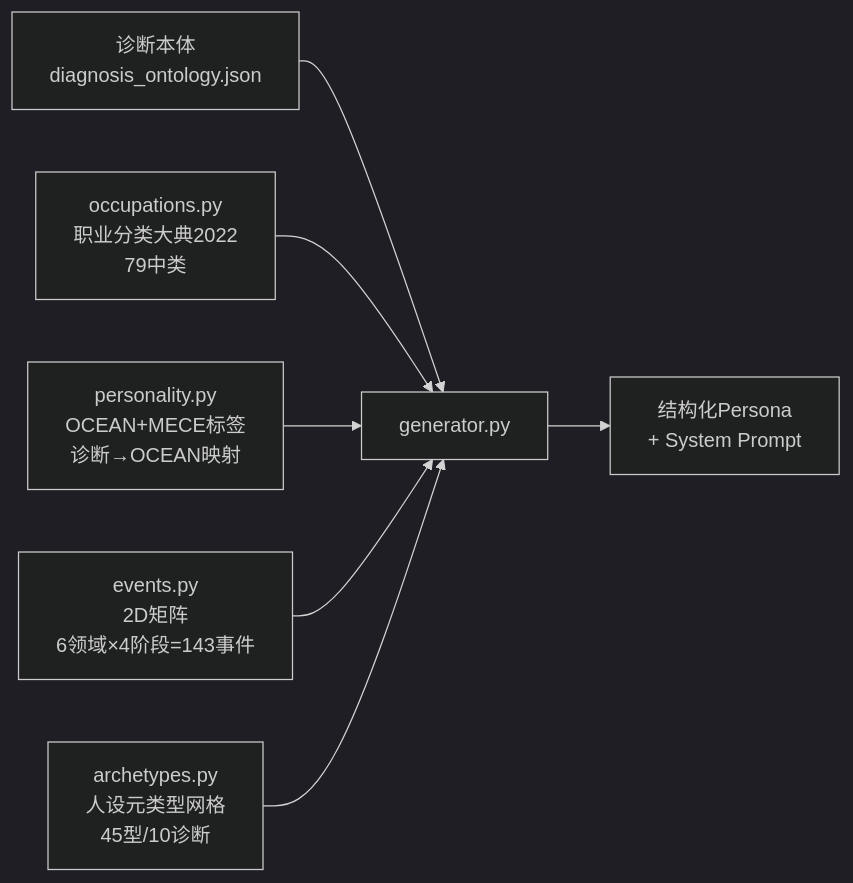
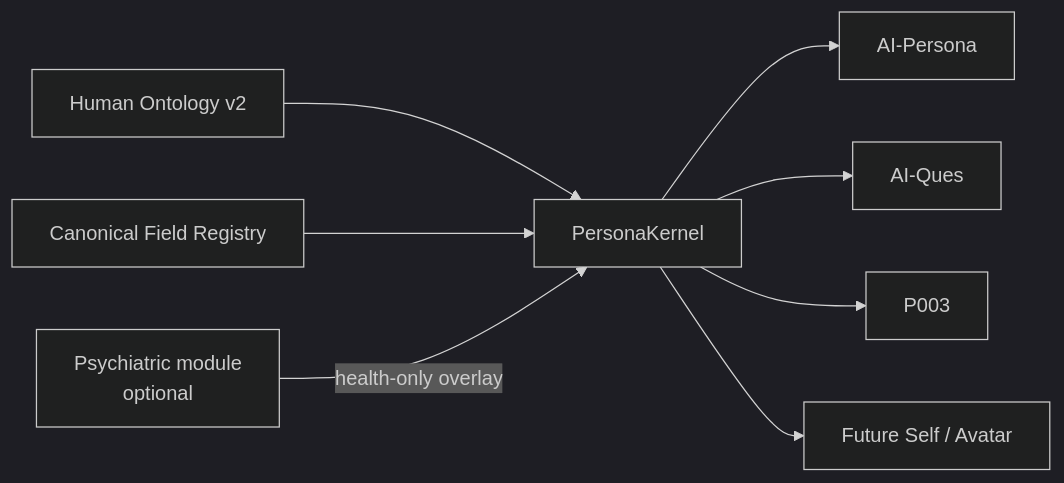
Before and after one commit to CochraneK/AI-persona: the diagram in skill/SKILL.md, drawn with Mermaid (dark theme). The commit also changed other lines of this file, not shown here.

Commit message:
docs: migrate AI-Persona skill to Human Ontology v2

````diff
--- a/skill/SKILL.md
+++ b/skill/SKILL.md
@@ -20,9 +16,10 @@
 ```mermaid
 flowchart LR
-    A[诊断本体<br/>diagnosis_ontology.json] --> B[generator.py]
-    C[occupations.py<br/>职业分类大典2022<br/>79中类] --> B
-    D[personality.py<br/>OCEAN+MECE标签<br/>诊断→OCEAN映射] --> B
-    E[events.py<br/>2D矩阵<br/>6领域×4阶段=143事件] --> B
-    F[archetypes.py<br/>人设元类型网格<br/>45型/10诊断] --> B
-    B --> G[结构化Persona<br/>+ System Prompt]
+    H[Human Ontology v2] --> K[PersonaKernel]
+    R[Canonical Field Registry] --> K
+    P[Psychiatric module<br/>optional] -->|health-only overlay| K
+    K --> A[AI-Persona]
+    K --> Q[AI-Ques]
+    K --> G[P003]
+    K --> F[Future Self / Avatar]
 ```
````
